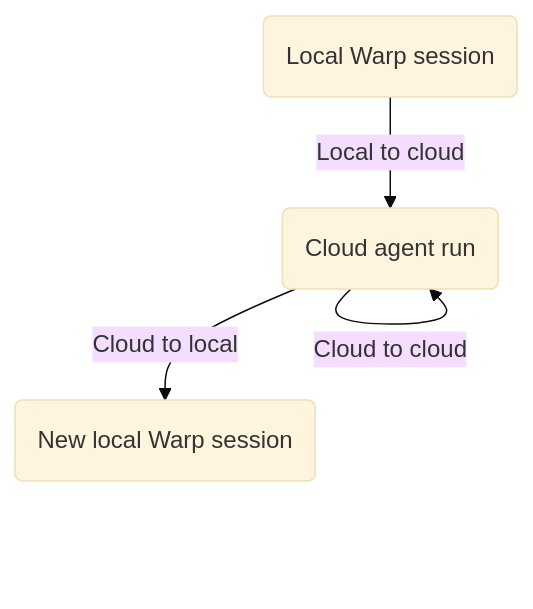
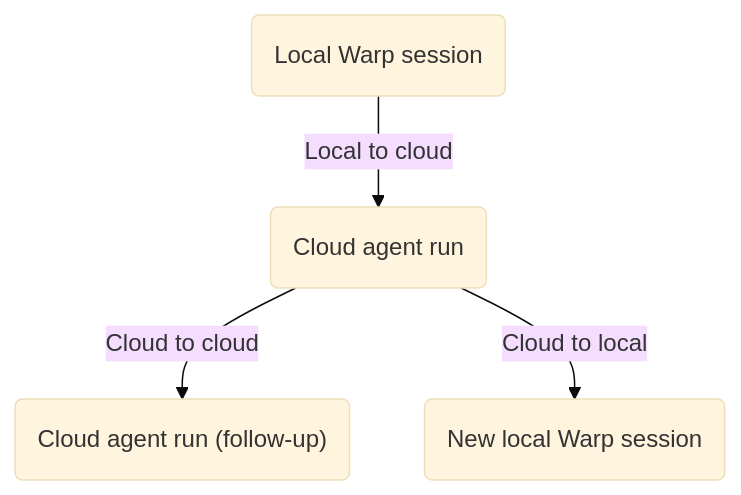
The diagram in src/content/docs/platform/handoff/index.mdx (warpdotdev/docs), drawn with Mermaid (base theme) before and after one commit. The commit also changed 5 other files, not shown here.

First line of the commit message:
Follow-up: fix diagram spacing gap, add zoom/pan/fullscreen controls

````diff
--- a/src/content/docs/platform/handoff/index.mdx
+++ b/src/content/docs/platform/handoff/index.mdx
@@ -25,10 +25,11 @@
 ```mermaid
 flowchart TD
     Local("Local Warp session")
-    Cloud("Cloud agent run")
+    Cloud1("Cloud agent run")
+    Cloud2("Cloud agent run (follow-up)")
     NewLocal("New local Warp session")
 
-    Local -- "Local to cloud" --> Cloud
-    Cloud -- "Cloud to cloud" --> Cloud
-    Cloud -- "Cloud to local" --> NewLocal
+    Local -- "Local to cloud" --> Cloud1
+    Cloud1 -- "Cloud to cloud" --> Cloud2
+    Cloud1 -- "Cloud to local" --> NewLocal
 ```
````
